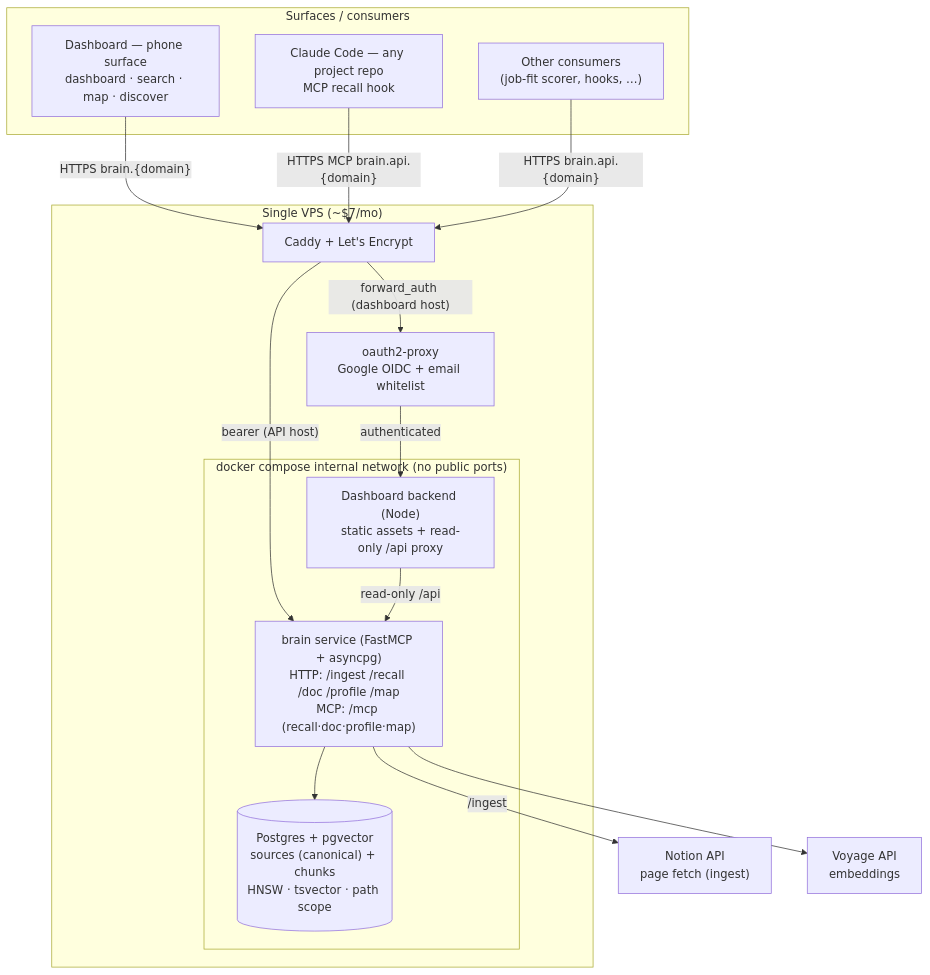
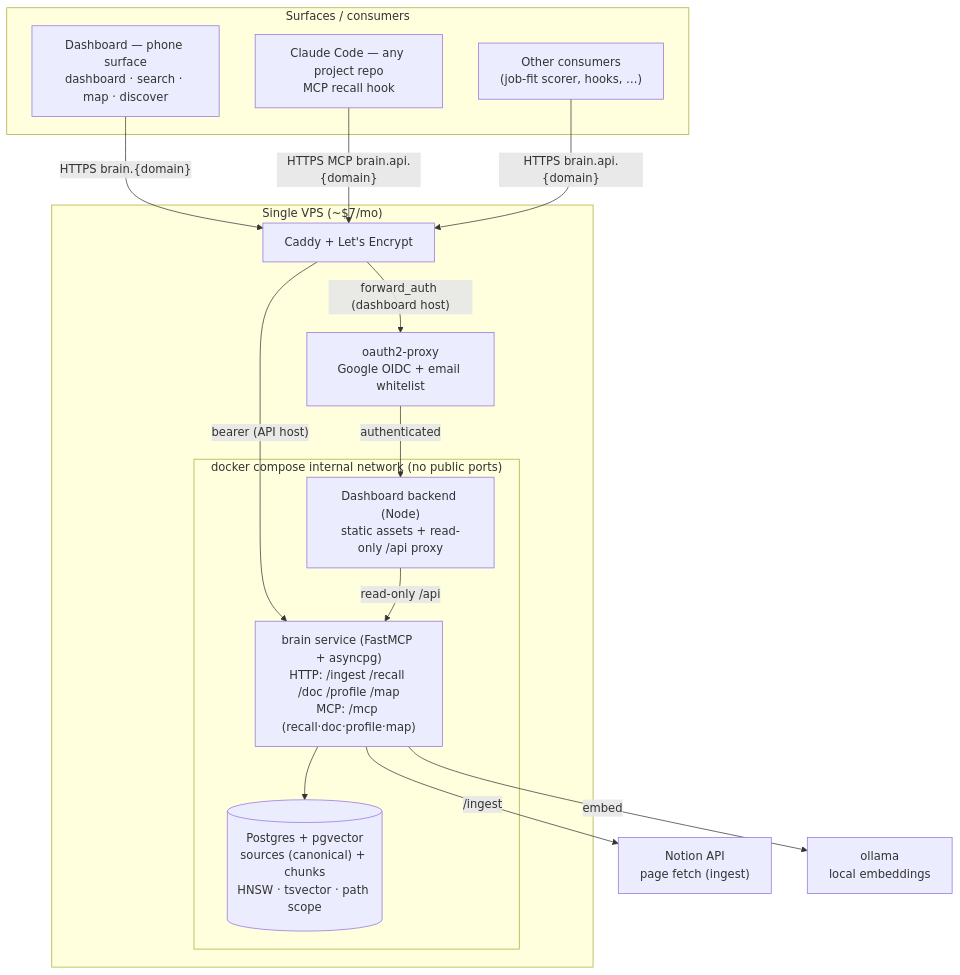
One commit to slaguardia/brainbot changed the diagram in docs/architecture.md. Above: the diagram before and after it, drawn with Mermaid. The commit also changed other lines of this file and 31 other files, not shown here.

First line of the commit message:
brain: embed locally with Ollama (embeddinggemma); recall falls back to lexical

````diff
--- a/docs/architecture.md
+++ b/docs/architecture.md
@@ -68,33 +68,32 @@
 ```mermaid
 flowchart TB
   subgraph Surfaces["Surfaces / consumers"]
     DASH_UI["Dashboard — phone surface<br/>dashboard · search · map · discover"]
     CC["Claude Code — any project repo<br/>MCP recall hook"]
     APP["Other consumers<br/>(job-fit scorer, hooks, …)"]
   end
 
   subgraph VPS["Single VPS (~$7/mo)"]
     CADDY["Caddy + Let's Encrypt"]
     OAUTH["oauth2-proxy<br/>Google OIDC + email whitelist"]
 
     subgraph DockerNet["docker compose internal network (no public ports)"]
       DASH_BE["Dashboard backend (Node)<br/>static assets + read-only /api proxy"]
       BRAIN["brain service (FastMCP + asyncpg)<br/>HTTP: /ingest /recall /doc /profile /map<br/>MCP: /mcp (recall·doc·profile·map)"]
       PG[("Postgres + pgvector<br/>sources (canonical) + chunks<br/>HNSW · tsvector · path scope")]
     end
   end
 
   NOTION["Notion API<br/>page fetch (ingest)"]
-  VOY["Voyage API<br/>embeddings"]
 
   DASH_UI -->|"HTTPS brain.{domain}"| CADDY
   CC -->|"HTTPS MCP brain.api.{domain}"| CADDY
   APP -->|"HTTPS brain.api.{domain}"| CADDY
   CADDY -->|"forward_auth (dashboard host)"| OAUTH
   OAUTH -->|authenticated| DASH_BE
   CADDY -->|"bearer (API host)"| BRAIN
   DASH_BE -->|"read-only /api"| BRAIN
   BRAIN --> PG
   BRAIN -->|"/ingest"| NOTION
-  BRAIN --> VOY
+  BRAIN -->|embed| OLLAMA["ollama<br/>local embeddings"]
 ```
````
